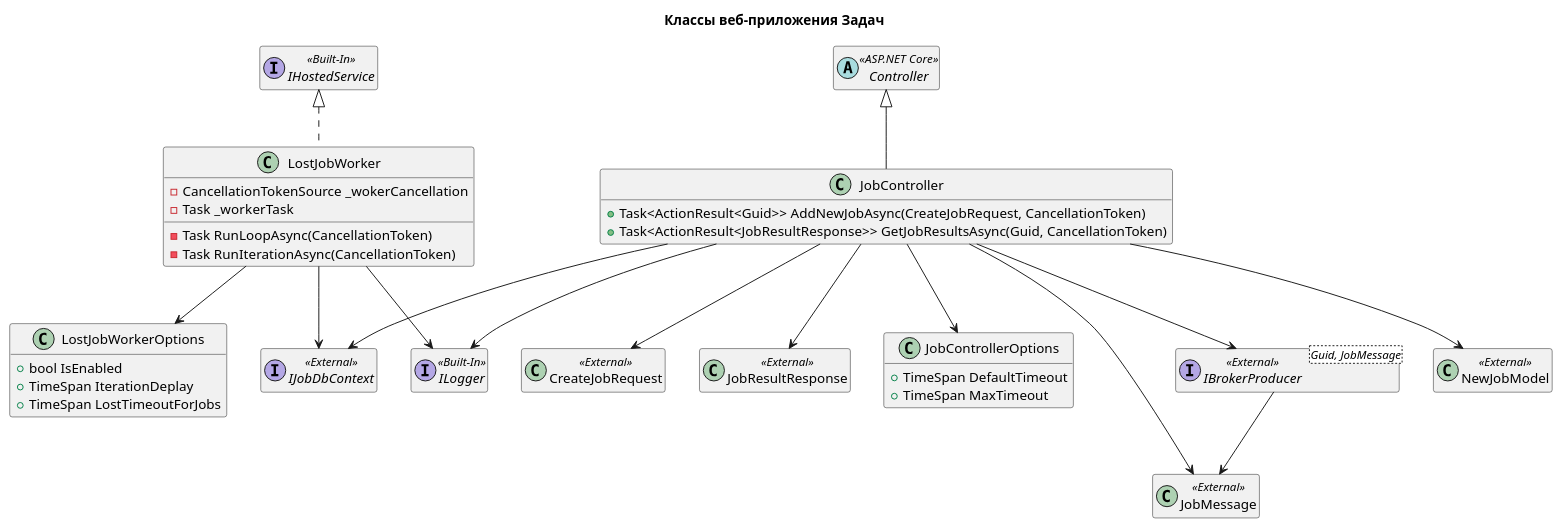
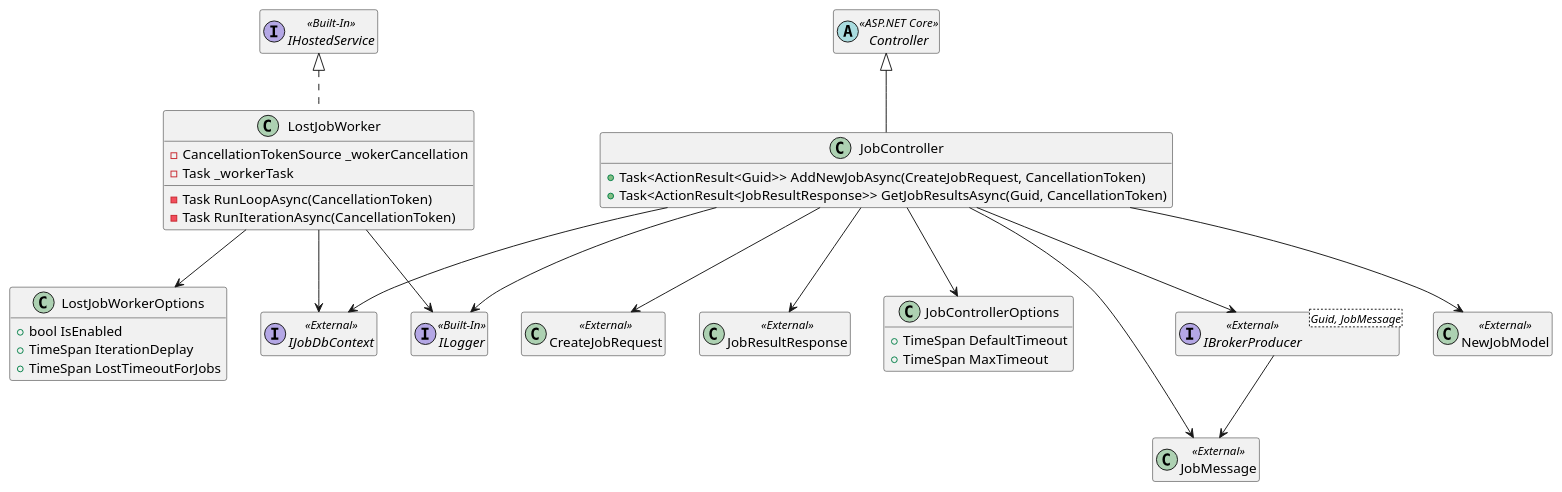
The diagram in docs/diagrams/classes/Job.WebApi.puml (mrypdm/JobSystem), drawn with PlantUML before and after one commit. The commit also changed 19 other files, not shown here.

```diff
--- a/docs/diagrams/classes/Job.WebApi.puml
+++ b/docs/diagrams/classes/Job.WebApi.puml
@@ -1,57 +1,55 @@
 @startuml Job.WebApi classes
 hide empty members
-
-title Классы веб-приложения Задач
 
 abstract class Controller << ASP.NET Core >>
 interface IHostedService << Built-In >>
 interface ILogger << Built-In >>
 interface IJobDbContext << External >>
 class JobMessage << External >>
 class NewJobModel << External >>
 class CreateJobRequest << External >>
 class JobResultResponse << External >>
 interface IBrokerProducer<Guid, JobMessage> << External >>
 IBrokerProducer --> JobMessage
 
 class JobControllerOptions
 {
     +TimeSpan DefaultTimeout
     +TimeSpan MaxTimeout
 }
 
 class LostJobWorkerOptions
 {
     +bool IsEnabled
     +TimeSpan IterationDeplay
     +TimeSpan LostTimeoutForJobs
 }
 
 class LostJobWorker
 {
     -CancellationTokenSource _wokerCancellation
     -Task _workerTask
     -Task RunLoopAsync(CancellationToken)
     -Task RunIterationAsync(CancellationToken)
 }
 IHostedService <|.. LostJobWorker
 LostJobWorker --> LostJobWorkerOptions
 LostJobWorker --> IJobDbContext
 LostJobWorker --> ILogger
 
 class JobController
 {
     +Task<ActionResult<Guid>> AddNewJobAsync(CreateJobRequest, CancellationToken)
     +Task<ActionResult<JobResultResponse>> GetJobResultsAsync(Guid, CancellationToken)
 }
 Controller <|-- JobController
 JobController --> IJobDbContext
 JobController --> IBrokerProducer
 JobController --> JobControllerOptions
 JobController --> ILogger
 JobController --> JobMessage
 JobController --> NewJobModel
 JobController --> CreateJobRequest
 JobController --> JobResultResponse
 
 @enduml
```
